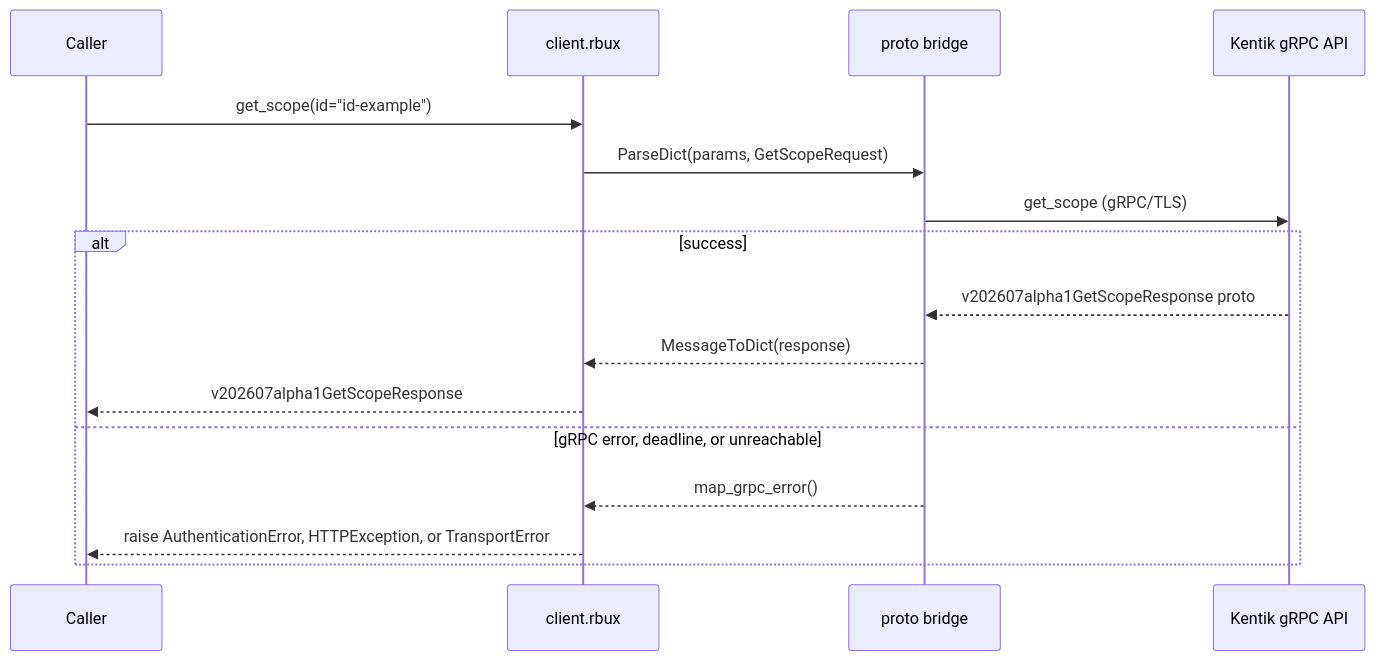
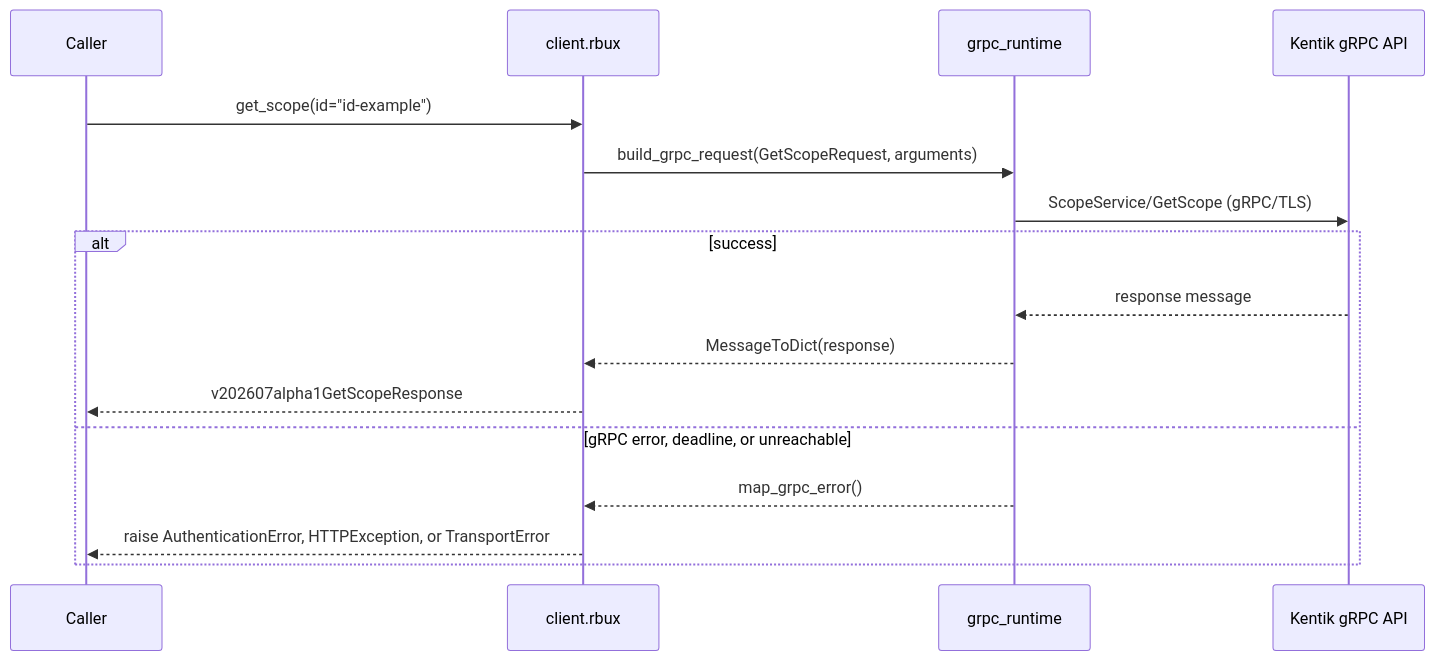
One commit to alexdearaujo/community_sdk_python changed the seventh of 12 diagrams in docs/sphinx/services/rbux.md. Above: the diagram before and after it, drawn with Mermaid. The commit also changed other lines of this file and 37 other files, not shown here.

First line of the commit message:
docs: show the real RPC in each service page's gRPC diagram

````diff
--- a/docs/sphinx/services/rbux.md
+++ b/docs/sphinx/services/rbux.md
@@ -203,19 +203,19 @@
 ```mermaid
 sequenceDiagram
     participant C as Caller
     participant W as client.rbux
-    participant B as proto bridge
+    participant R as grpc_runtime
     participant API as Kentik gRPC API
 
     C->>W: get_scope(id="id-example")
-    W->>B: ParseDict(params, GetScopeRequest)
-    B->>API: get_scope (gRPC/TLS)
+    W->>R: build_grpc_request(GetScopeRequest, arguments)
+    R->>API: ScopeService/GetScope (gRPC/TLS)
     alt success
-        API-->>B: v202607alpha1GetScopeResponse proto
-        B-->>W: MessageToDict(response)
+        API-->>R: response message
+        R-->>W: MessageToDict(response)
         W-->>C: v202607alpha1GetScopeResponse
     else gRPC error, deadline, or unreachable
-        B-->>W: map_grpc_error()
+        R-->>W: map_grpc_error()
         W-->>C: raise AuthenticationError, HTTPException, or TransportError
     end
 ```
````
